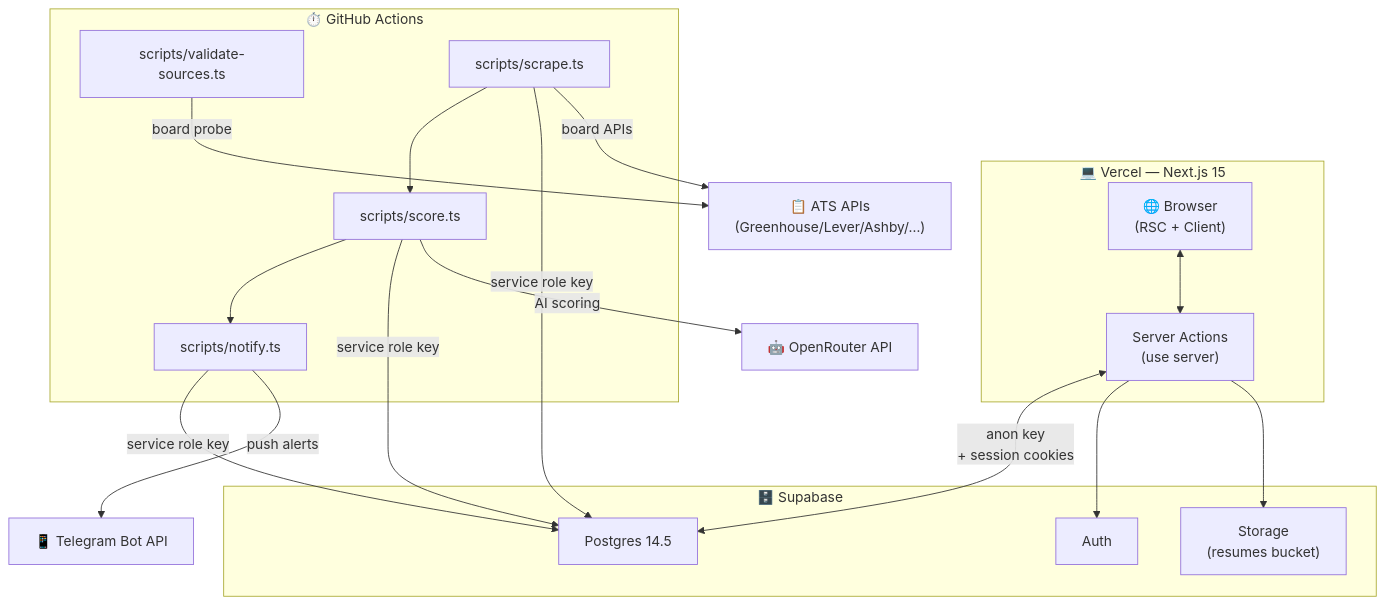
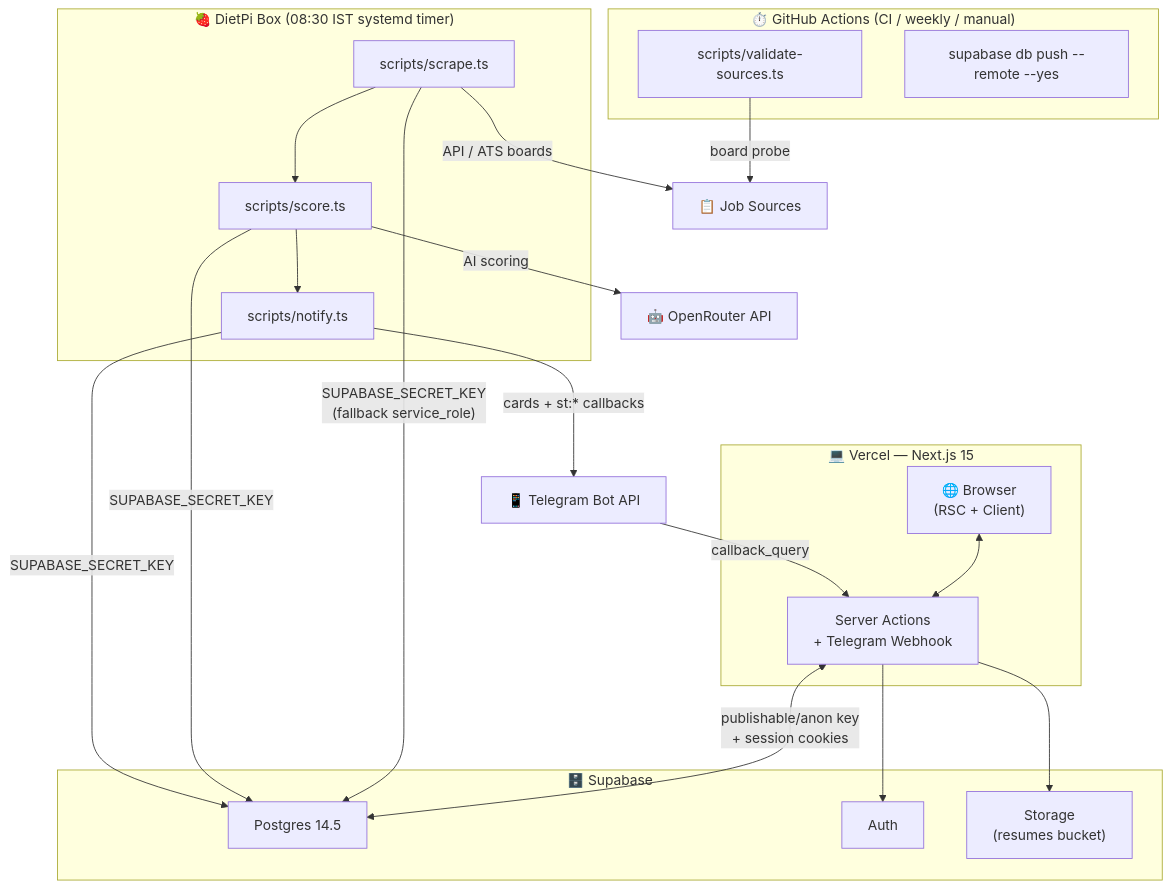
Before and after one commit to sahidhh/job-scraper: the second of 9 diagrams in design/architecture.md, drawn with Mermaid. The commit also changed 7 other files, not shown here.

````diff
--- a/design/architecture.md
+++ b/design/architecture.md
@@ -64,34 +64,39 @@
 ```mermaid
 flowchart TB
     subgraph vercel ["💻 Vercel — Next.js 15"]
         Browser["🌐 Browser\n(RSC + Client)"]
-        Actions["Server Actions\n(use server)"]
+        Actions["Server Actions\n+ Telegram Webhook"]
         Browser <--> Actions
     end
 
     subgraph supabase ["🗄️ Supabase"]
         PG["Postgres 14.5"]
         Auth["Auth"]
         Storage["Storage\n(resumes bucket)"]
     end
 
-    subgraph gha ["⏱️ GitHub Actions"]
-        Validate["scripts/validate-sources.ts"]
+    subgraph dietpi ["🍓 DietPi Box (08:30 IST systemd timer)"]
         Scrape["scripts/scrape.ts"]
         Score["scripts/score.ts"]
         Notify["scripts/notify.ts"]
         Scrape --> Score --> Notify
     end
 
-    Actions <-->|"anon key\n+ session cookies"| PG
+    subgraph gha ["⏱️ GitHub Actions (CI / weekly / manual)"]
+        Validate["scripts/validate-sources.ts"]
+        Migrate["supabase db push --remote --yes"]
+    end
+
+    Actions <-->|"publishable/anon key\n+ session cookies"| PG
     Actions --> Auth
-    Scrape -->|"service role key"| PG
-    Score -->|"service role key"| PG
-    Notify -->|"service role key"| PG
+    Scrape -->|"SUPABASE_SECRET_KEY\n(fallback service_role)"| PG
+    Score -->|"SUPABASE_SECRET_KEY"| PG
+    Notify -->|"SUPABASE_SECRET_KEY"| PG
 
     Score -->|"AI scoring"| OpenRouter["🤖 OpenRouter API"]
-    Notify -->|"push alerts"| Telegram["📱 Telegram Bot API"]
-    Scrape -->|"board APIs"| ATS["📋 ATS APIs\n(Greenhouse/Lever/Ashby/…)"]
+    Notify -->|"cards + st:* callbacks"| Telegram["📱 Telegram Bot API"]
+    Telegram -->|"callback_query"| Actions
+    Scrape -->|"API / ATS boards"| ATS["📋 Job Sources"]
     Validate -->|"board probe"| ATS
     Actions --> Storage
 ```
````
